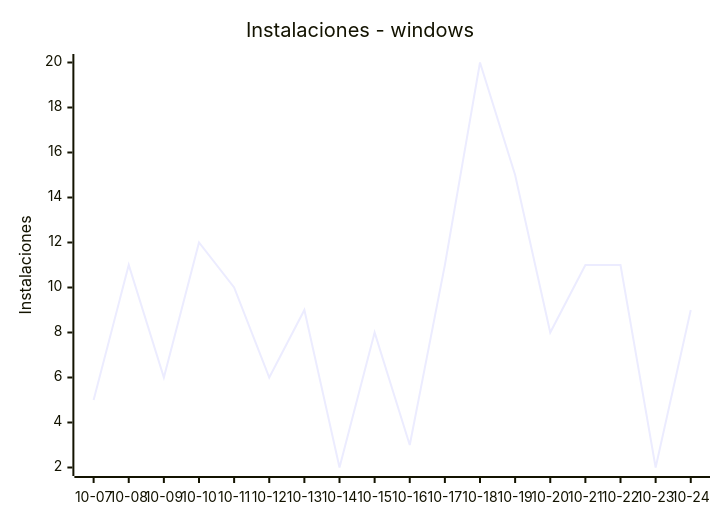
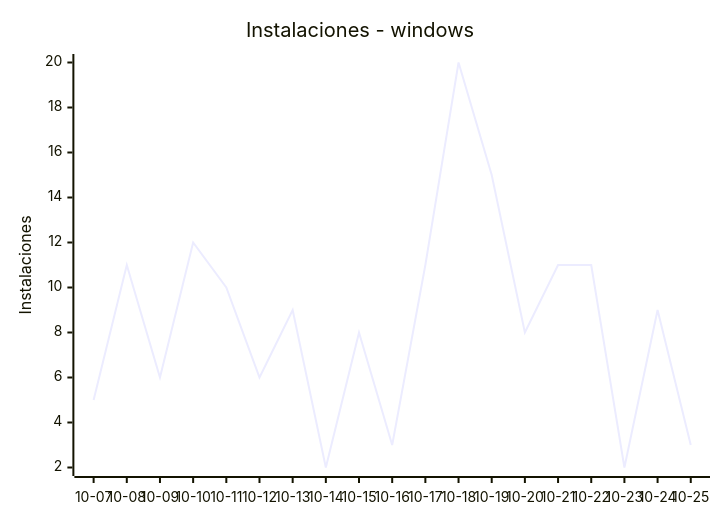
The seventh of 9 diagrams in README.md (EmuDeck/stats), drawn with Mermaid before and after one commit. The commit also changed other lines of this file and 2 other files, not shown here.

````diff
--- a/README.md
+++ b/README.md
@@ -76,7 +76,7 @@
 ```mermaid
 xychart-beta
     title "Instalaciones - windows"
-    x-axis ["10-07", "10-08", "10-09", "10-10", "10-11", "10-12", "10-13", "10-14", "10-15", "10-16", "10-17", "10-18", "10-19", "10-20", "10-21", "10-22", "10-23", "10-24"]
+    x-axis ["10-07", "10-08", "10-09", "10-10", "10-11", "10-12", "10-13", "10-14", "10-15", "10-16", "10-17", "10-18", "10-19", "10-20", "10-21", "10-22", "10-23", "10-24", "10-25"]
     y-axis "Instalaciones"
-    line [5, 11, 6, 12, 10, 6, 9, 2, 8, 3, 11, 20, 15, 8, 11, 11, 2, 9]
+    line [5, 11, 6, 12, 10, 6, 9, 2, 8, 3, 11, 20, 15, 8, 11, 11, 2, 9, 3]
 ```
````
